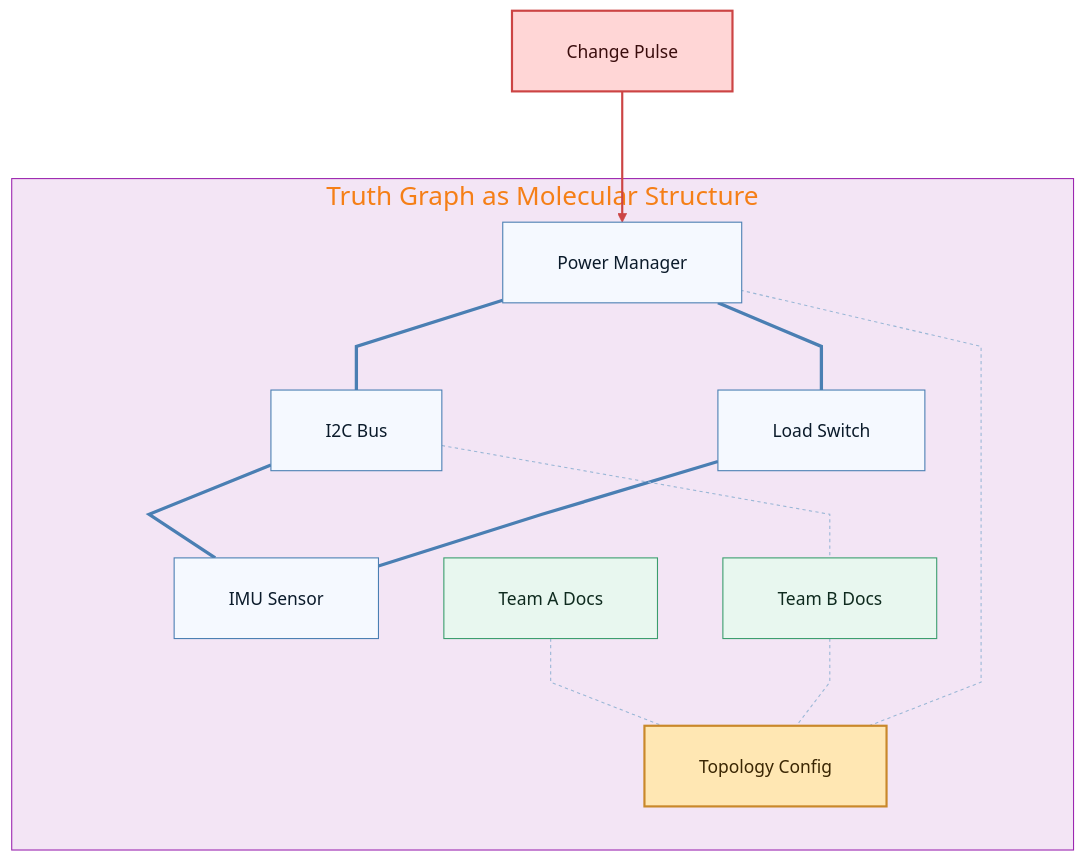
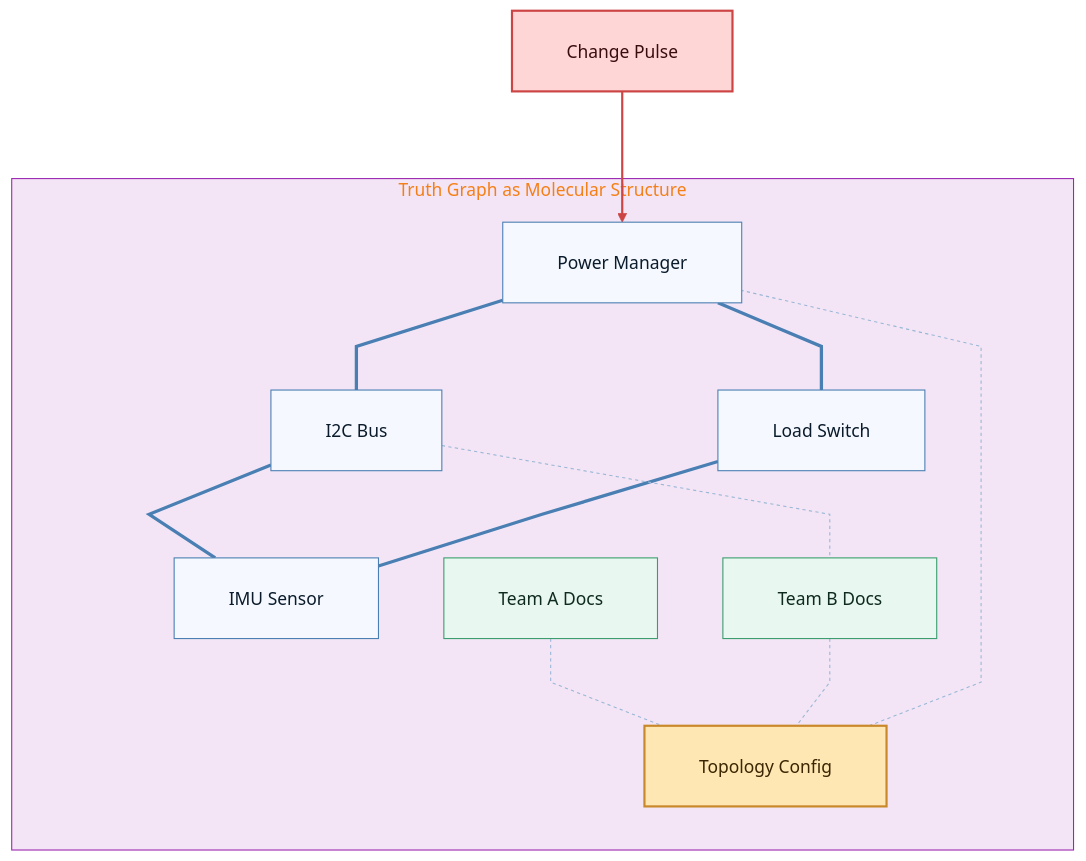
One commit to Lizo-RoadTown/PROVES_LIBRARY changed the diagram in docs/diagrams/gnn-molecule.md. Above: the diagram before and after it, drawn with Mermaid. The commit also changed 6 other files, not shown here.

````diff
--- a/docs/diagrams/gnn-molecule.md
+++ b/docs/diagrams/gnn-molecule.md
@@ -23,7 +23,7 @@
 ---
 config:
   theme: base
-  fontSize: 20
+  fontSize: 16
   themeCSS: |
     .node rect, .cluster rect, .edgePath path { transition: filter 0.2s ease, stroke-width: 0.2s ease; }
     .node:hover rect, .cluster:hover rect, .edgePath:hover path { filter: drop-shadow(0 0 8px rgba(0,0,0,0.35)); stroke-width: 3px; }
@@ -43,7 +43,7 @@
     textColor: '#5D4037'
     lineColor: '#FF9800'
     fontFamily: '"Segoe UI", Tahoma, Geneva, Verdana, sans-serif'
-    fontSize: '24px'
+    fontSize: '16px'
     nodeBorder: '#FF6F00'
     mainBkg: '#FFF3E0'
     clusterBkg: '#F3E5F5'
@@ -99,7 +99,7 @@
     attributeBackgroundColorOdd: '#FFF8E1'
     attributeBackgroundColorEven: '#FFF3E0'
   gantt:
-    fontSize: 20
+    fontSize: 16
     barHeight: 24
     barGap: 6
     topPadding: 50
@@ -206,6 +206,7 @@
 ---
 flowchart TB
     subgraph Molecule ["Truth Graph as Molecular Structure"]
+        spacer24[ ]:::spacer
         A[Power Manager]
         B[I2C Bus]
         C[IMU Sensor]
@@ -249,4 +250,5 @@
     %% Font sizing classes for consistency
     classDef default font-size:16px,font-family:Segoe UI,Tahoma,Geneva,Verdana,sans-serif;
     classDef diamond font-size:14px,font-family:Segoe UI,Tahoma,Geneva,Verdana,sans-serif;
+    classDef spacer fill:none,stroke:none,color:transparent,width:1px,height:1px;
 ```
````
